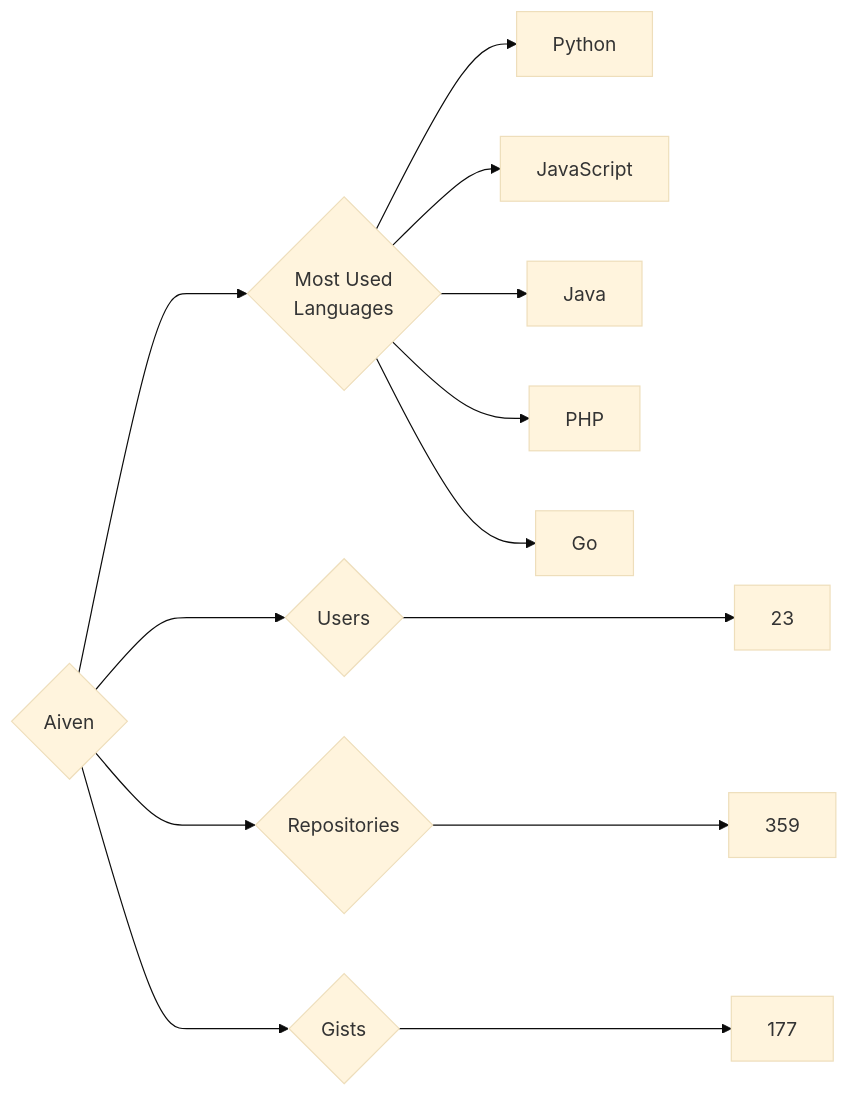
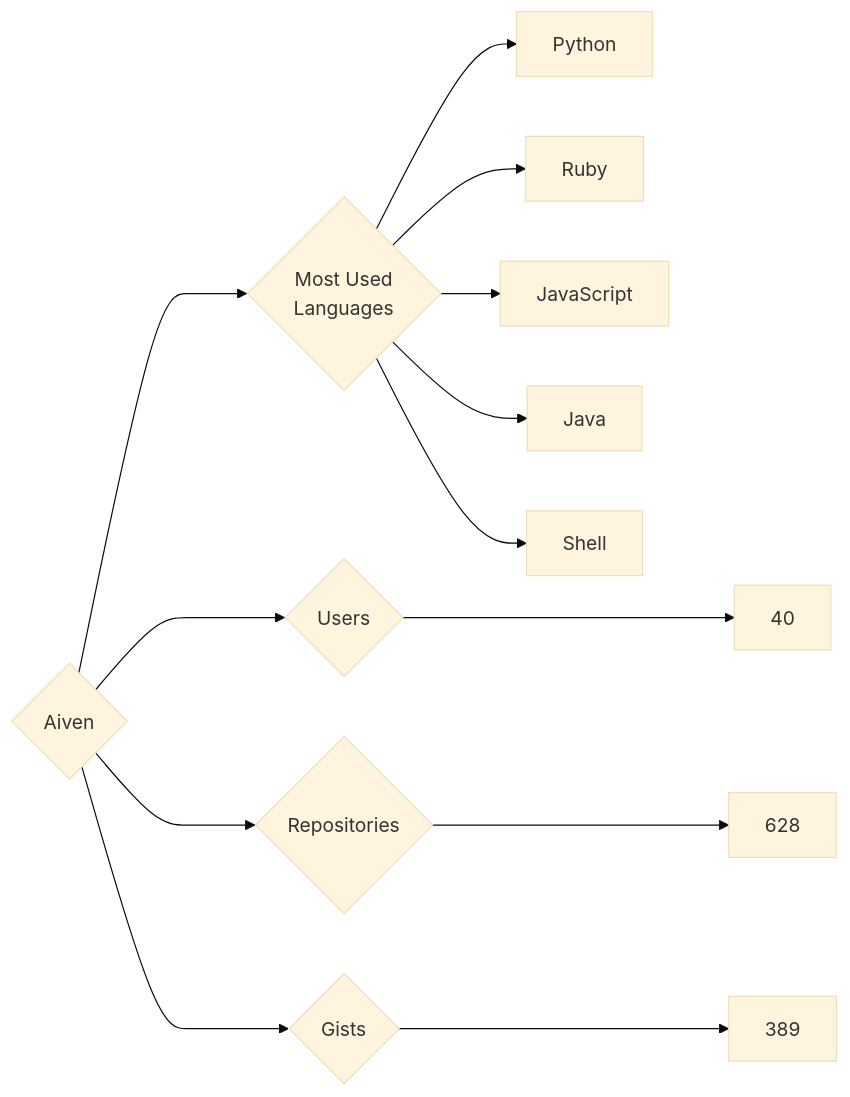
Before and after one commit to trickest/insiders: the diagram in targets/Aiven/README.md, drawn with Mermaid (base theme). The commit also changed 682 other files, not shown here.

````diff
--- a/targets/Aiven/README.md
+++ b/targets/Aiven/README.md
@@ -3,13 +3,13 @@
 ```mermaid
 graph LR
 COMPANY_NAME{Aiven}
-COMPANY_NAME ---> U{Users} ---> UN[23]
-COMPANY_NAME ---> R{Repositories} ---> RN[359]
-COMPANY_NAME ---> G{Gists} ---> GN[177]
+COMPANY_NAME ---> U{Users} ---> UN[40]
+COMPANY_NAME ---> R{Repositories} ---> RN[628]
+COMPANY_NAME ---> G{Gists} ---> GN[389]
 COMPANY_NAME ---> ML{Most Used<br>Languages}
 ML --> Python[Python]
+ML --> Ruby[Ruby]
 ML --> JavaScript[JavaScript]
 ML --> Java[Java]
-ML --> PHP[PHP]
-ML --> Go[Go]
+ML --> Shell[Shell]
 ```
````
